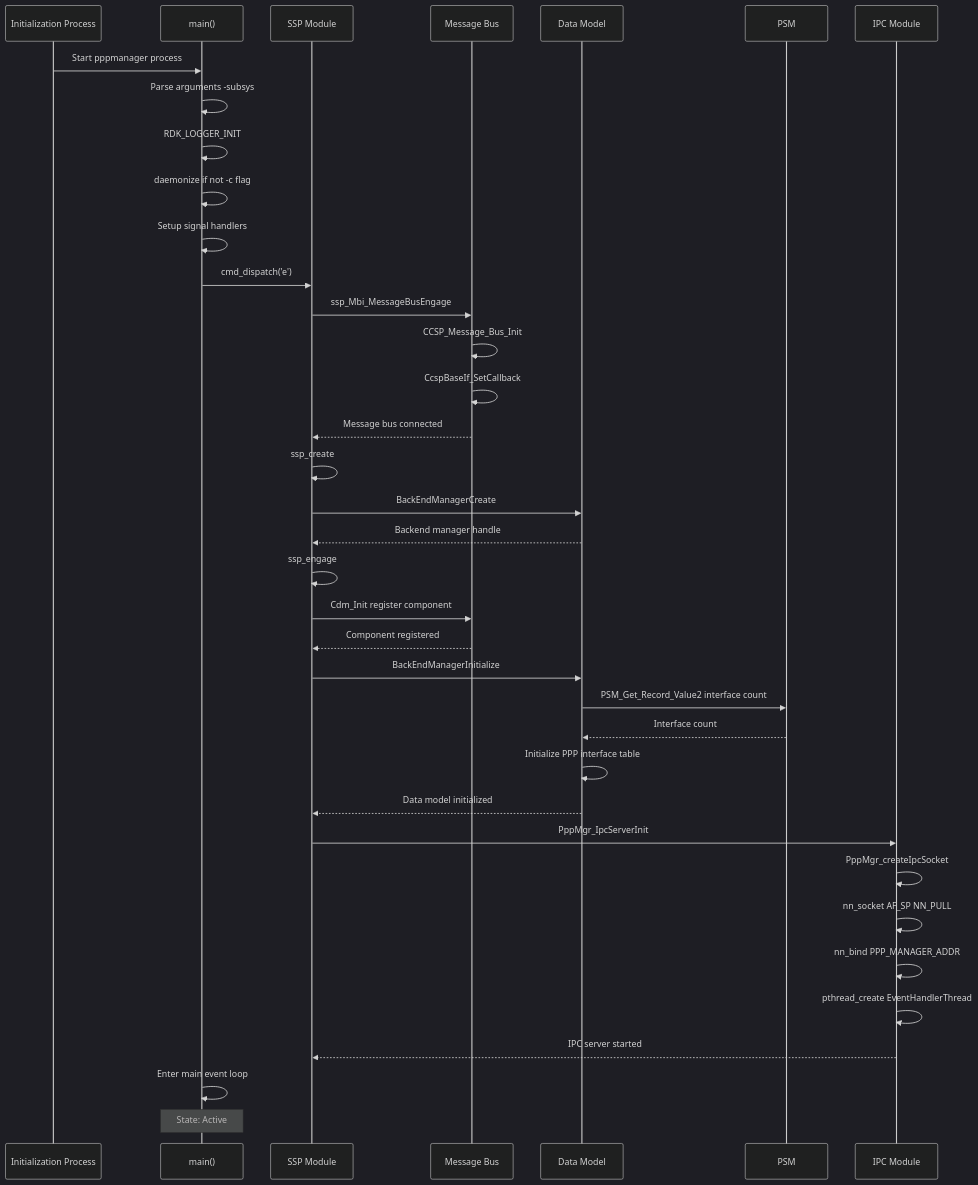
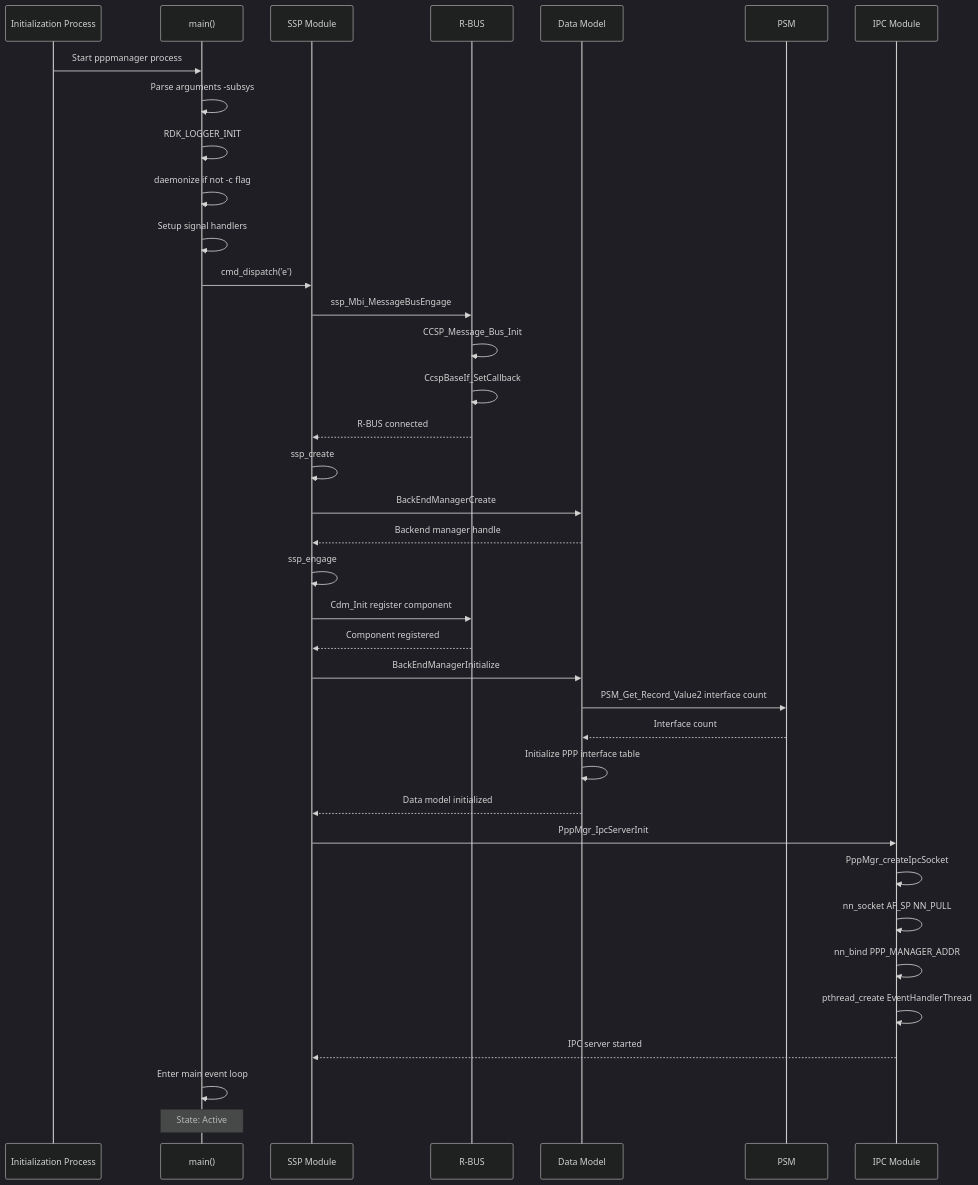
Before and after one commit to rdkcentral/RdkPppManager: the fourth of 7 diagrams in README.md, drawn with Mermaid (dark theme). The commit also changed other lines of this file, not shown here.

````diff
--- a/README.md
+++ b/README.md
@@ -237,46 +234,46 @@
 ```mermaid
 sequenceDiagram
     participant Init as Initialization Process
     participant Main as main()
     participant SSP as SSP Module
-    participant Bus as Message Bus
+    participant Bus as R-BUS
     participant DM as Data Model
     participant PSM as PSM
     participant IPC as IPC Module
 
     Init->>Main: Start pppmanager process
     Main->>Main: Parse arguments -subsys
     Main->>Main: RDK_LOGGER_INIT
     Main->>Main: daemonize if not -c flag
     Main->>Main: Setup signal handlers
-    
+
     Main->>SSP: cmd_dispatch('e')
     SSP->>Bus: ssp_Mbi_MessageBusEngage
     Bus->>Bus: CCSP_Message_Bus_Init
     Bus->>Bus: CcspBaseIf_SetCallback
-    Bus-->>SSP: Message bus connected
-    
+    Bus-->>SSP: R-BUS connected
+
     SSP->>SSP: ssp_create
     SSP->>DM: BackEndManagerCreate
     DM-->>SSP: Backend manager handle
-    
+
     SSP->>SSP: ssp_engage
     SSP->>Bus: Cdm_Init register component
     Bus-->>SSP: Component registered
-    
+
     SSP->>DM: BackEndManagerInitialize
     DM->>PSM: PSM_Get_Record_Value2 interface count
     PSM-->>DM: Interface count
     DM->>DM: Initialize PPP interface table
     DM-->>SSP: Data model initialized
-    
+
     SSP->>IPC: PppMgr_IpcServerInit
     IPC->>IPC: PppMgr_createIpcSocket
     IPC->>IPC: nn_socket AF_SP NN_PULL
     IPC->>IPC: nn_bind PPP_MANAGER_ADDR
     IPC->>IPC: pthread_create EventHandlerThread
     IPC-->>SSP: IPC server started
-    
+
     Main->>Main: Enter main event loop
     Note over Main: State: Active
 ```
````
